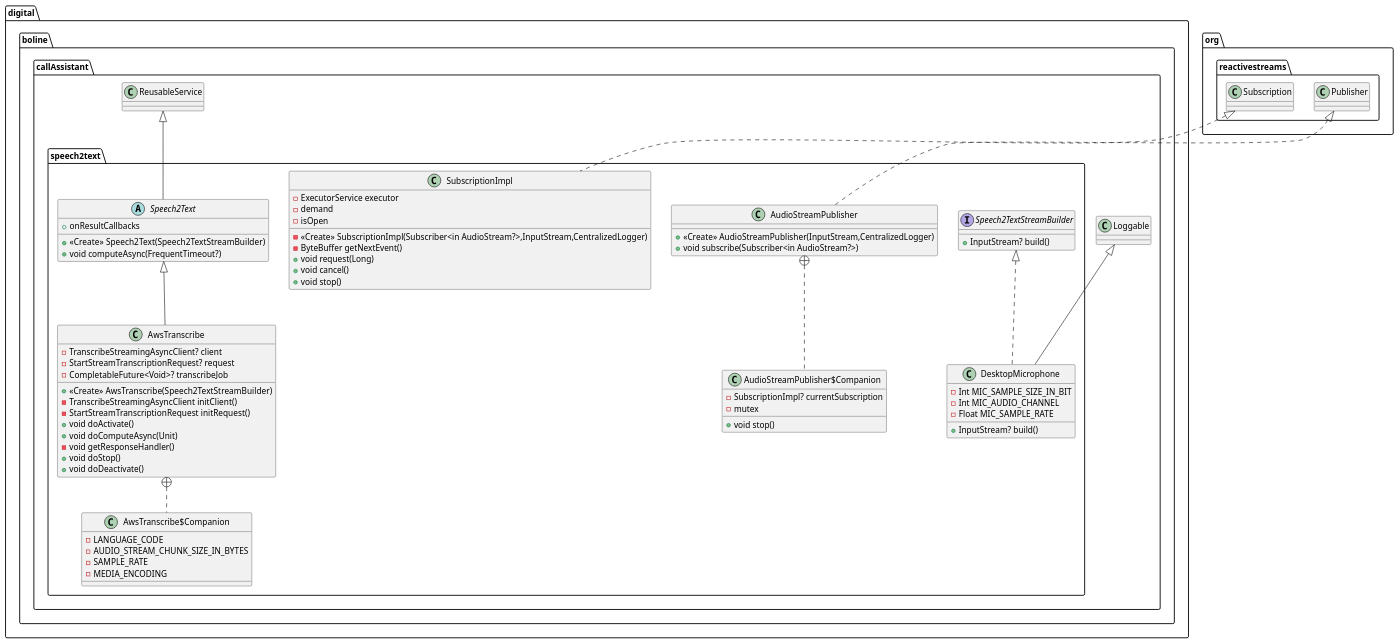
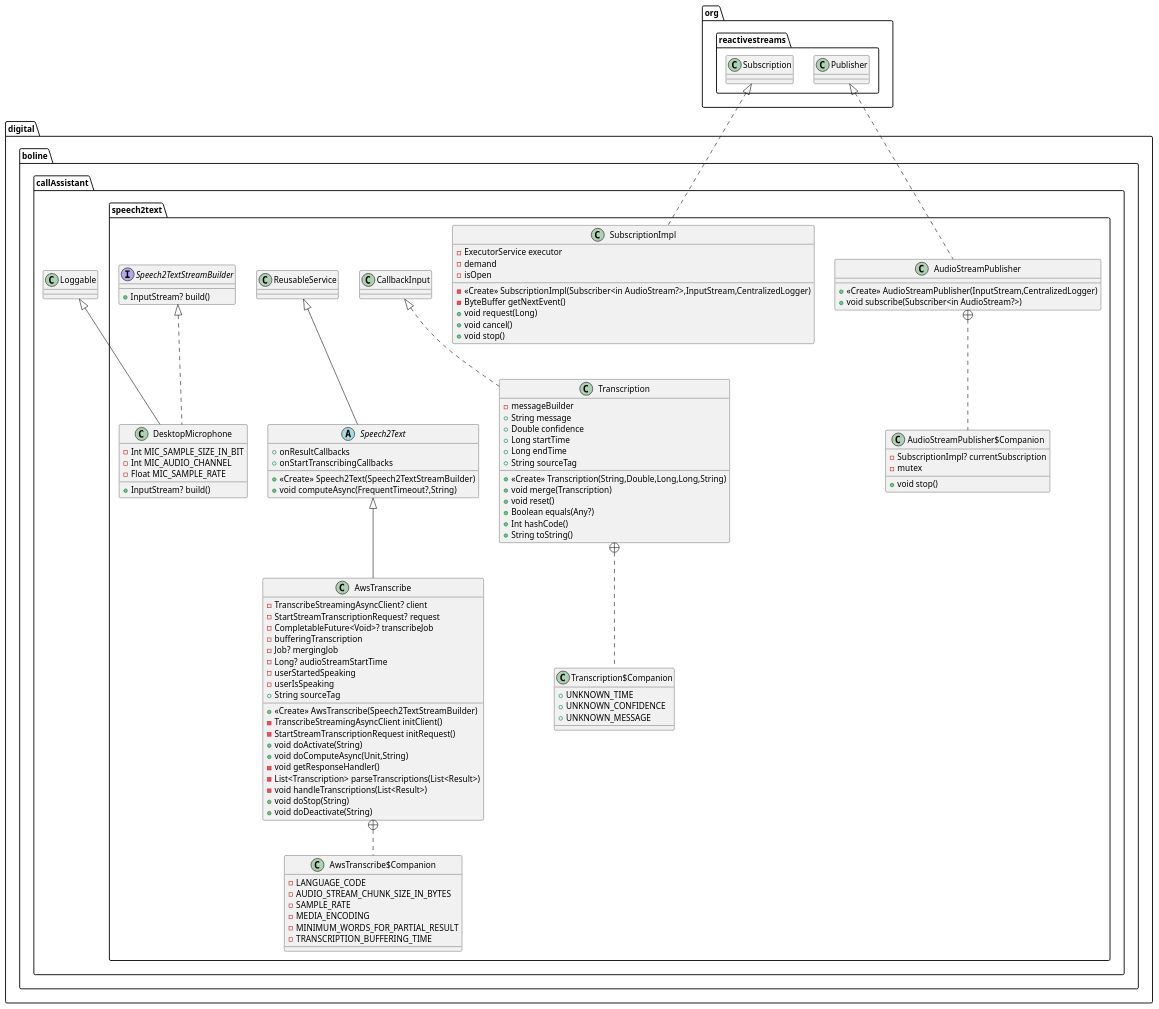
The diagram in doc/uml/speech2text.puml (buoncubi/call_assistant), drawn with PlantUML before and after one commit. The commit also changed 308 other files, not shown here.

```diff
--- a/doc/uml/speech2text.puml
+++ b/doc/uml/speech2text.puml
@@ -1,77 +1,112 @@
 @startuml
 class digital.boline.callAssistant.speech2text.DesktopMicrophone {
 - Int MIC_SAMPLE_SIZE_IN_BIT
 - Int MIC_AUDIO_CHANNEL
 - Float MIC_SAMPLE_RATE
 + InputStream? build()
 }
 
 
 interface digital.boline.callAssistant.speech2text.Speech2TextStreamBuilder {
 + InputStream? build()
 }
 
+class digital.boline.callAssistant.speech2text.Transcription$Companion {
++  UNKNOWN_TIME
++  UNKNOWN_CONFIDENCE
++  UNKNOWN_MESSAGE
+}
+
+class digital.boline.callAssistant.speech2text.Transcription {
+-  messageBuilder
++ String message
++ Double confidence
++ Long startTime
++ Long endTime
++ String sourceTag
++ <<Create>> Transcription(String,Double,Long,Long,String)
++ void merge(Transcription)
++ void reset()
++ Boolean equals(Any?)
++ Int hashCode()
++ String toString()
+}
+
+
 abstract class digital.boline.callAssistant.speech2text.Speech2Text {
 +  onResultCallbacks
++  onStartTranscribingCallbacks
 + <<Create>> Speech2Text(Speech2TextStreamBuilder)
-+ void computeAsync(FrequentTimeout?)
++ void computeAsync(FrequentTimeout?,String)
 }
 
 
 class digital.boline.callAssistant.speech2text.AwsTranscribe$Companion {
 -  LANGUAGE_CODE
 -  AUDIO_STREAM_CHUNK_SIZE_IN_BYTES
 -  SAMPLE_RATE
 -  MEDIA_ENCODING
+-  MINIMUM_WORDS_FOR_PARTIAL_RESULT
+-  TRANSCRIPTION_BUFFERING_TIME
 }
 
 class digital.boline.callAssistant.speech2text.AwsTranscribe {
 - TranscribeStreamingAsyncClient? client
 - StartStreamTranscriptionRequest? request
 - CompletableFuture<Void>? transcribeJob
+-  bufferingTranscription
+- Job? mergingJob
+- Long? audioStreamStartTime
+-  userStartedSpeaking
+-  userIsSpeaking
++ String sourceTag
 + <<Create>> AwsTranscribe(Speech2TextStreamBuilder)
 - TranscribeStreamingAsyncClient initClient()
 - StartStreamTranscriptionRequest initRequest()
-+ void doActivate()
-+ void doComputeAsync(Unit)
++ void doActivate(String)
++ void doComputeAsync(Unit,String)
 - void getResponseHandler()
-+ void doStop()
-+ void doDeactivate()
+- List<Transcription> parseTranscriptions(List<Result>)
+- void handleTranscriptions(List<Result>)
++ void doStop(String)
++ void doDeactivate(String)
 }
 
 
 class digital.boline.callAssistant.speech2text.AudioStreamPublisher$Companion {
 - SubscriptionImpl? currentSubscription
 -  mutex
 + void stop()
 }
 
 
 class digital.boline.callAssistant.speech2text.AudioStreamPublisher {
 + <<Create>> AudioStreamPublisher(InputStream,CentralizedLogger)
 + void subscribe(Subscriber<in AudioStream?>)
 }
 
 class digital.boline.callAssistant.speech2text.SubscriptionImpl {
 - ExecutorService executor
 -  demand
 -  isOpen
 - <<Create>> SubscriptionImpl(Subscriber<in AudioStream?>,InputStream,CentralizedLogger)
 - ByteBuffer getNextEvent()
 + void request(Long)
 + void cancel()
 + void stop()
 }
 
 
 
 
 digital.boline.callAssistant.speech2text.Speech2TextStreamBuilder <|.. digital.boline.callAssistant.speech2text.DesktopMicrophone
 digital.boline.callAssistant.Loggable <|-- digital.boline.callAssistant.speech2text.DesktopMicrophone
-digital.boline.callAssistant.ReusableService <|-- digital.boline.callAssistant.speech2text.Speech2Text
+digital.boline.callAssistant.speech2text.Transcription +.. digital.boline.callAssistant.speech2text.Transcription$Companion
+digital.boline.callAssistant.speech2text.CallbackInput <|.. digital.boline.callAssistant.speech2text.Transcription
+digital.boline.callAssistant.speech2text.ReusableService <|-- digital.boline.callAssistant.speech2text.Speech2Text
 digital.boline.callAssistant.speech2text.AwsTranscribe +.. digital.boline.callAssistant.speech2text.AwsTranscribe$Companion
 digital.boline.callAssistant.speech2text.Speech2Text <|-- digital.boline.callAssistant.speech2text.AwsTranscribe
 digital.boline.callAssistant.speech2text.AudioStreamPublisher +.. digital.boline.callAssistant.speech2text.AudioStreamPublisher$Companion
 org.reactivestreams.Publisher <|.. digital.boline.callAssistant.speech2text.AudioStreamPublisher
 org.reactivestreams.Subscription <|.. digital.boline.callAssistant.speech2text.SubscriptionImpl
 @enduml
```
